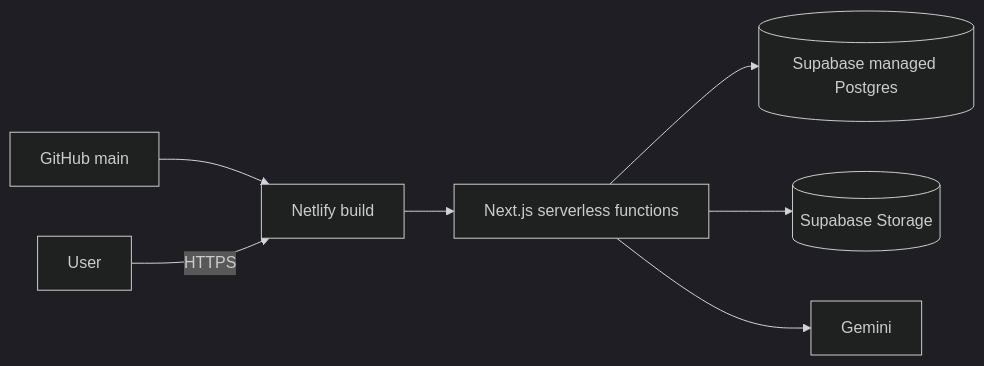
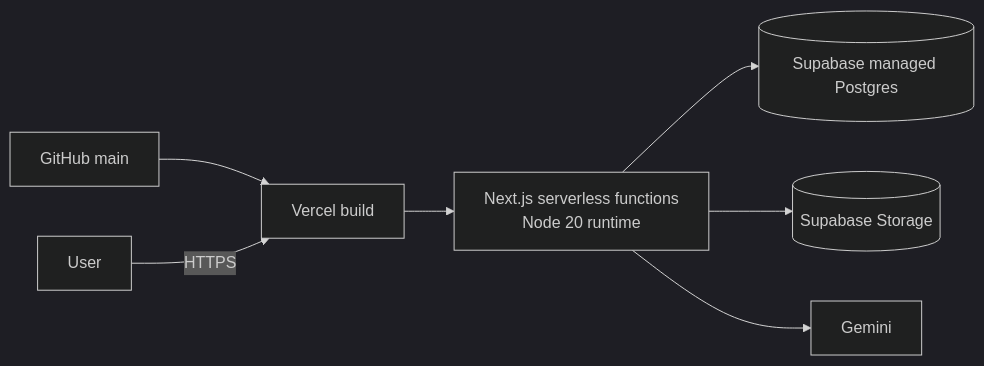
One commit to tryhardFuad/CareerPilot changed the eighth of 8 diagrams in docs/SYSTEM_DESIGN.md. Above: the diagram before and after it, drawn with Mermaid (dark theme). The commit also changed other lines of this file and 3 other files, not shown here.

First line of the commit message:
docs: drop netlify references, prep for vercel

````diff
--- a/docs/SYSTEM_DESIGN.md
+++ b/docs/SYSTEM_DESIGN.md
@@ -476,9 +476,9 @@
 ```mermaid
 flowchart LR
-  GH[GitHub main] --> Netlify[Netlify build]
-  Netlify --> FN[Next.js serverless functions]
+  GH[GitHub main] --> Vercel[Vercel build]
+  Vercel --> FN[Next.js serverless functions<br/>Node 20 runtime]
   FN --> SB[(Supabase managed Postgres)]
   FN --> Storage[(Supabase Storage)]
   FN --> Gemini
-  User -->|HTTPS| Netlify
+  User -->|HTTPS| Vercel
 ```
````
